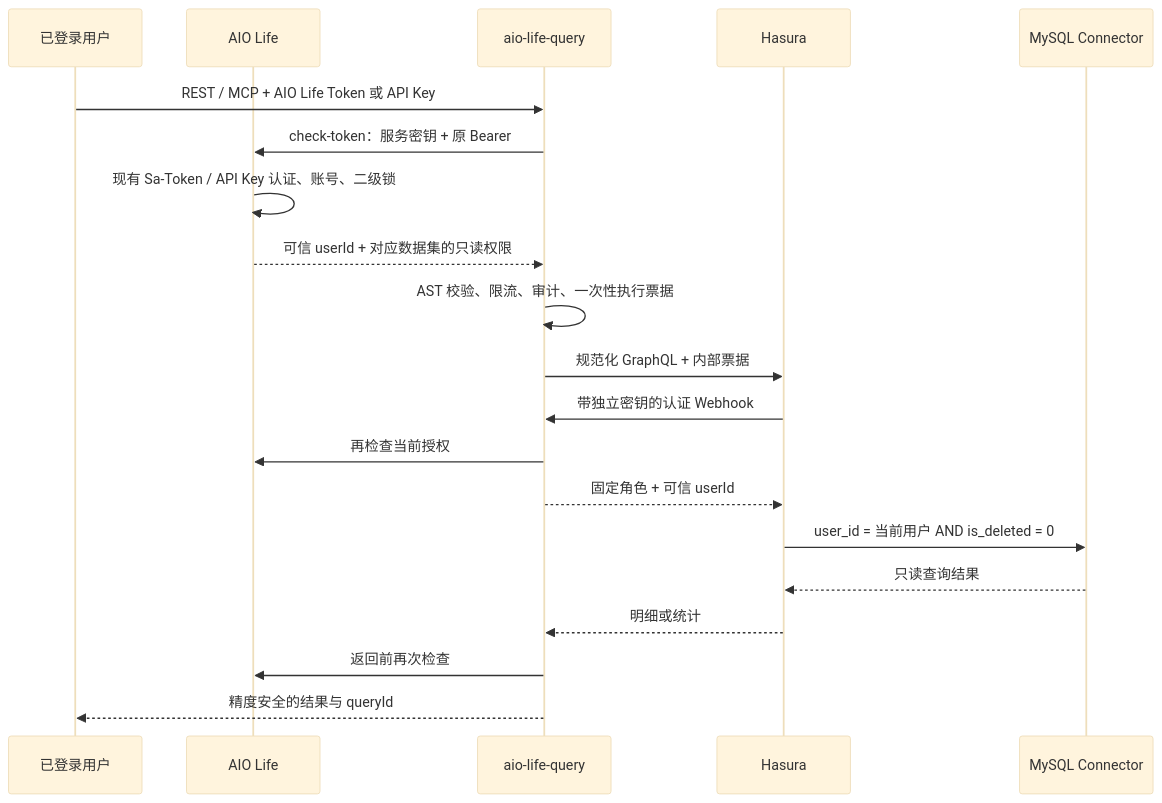
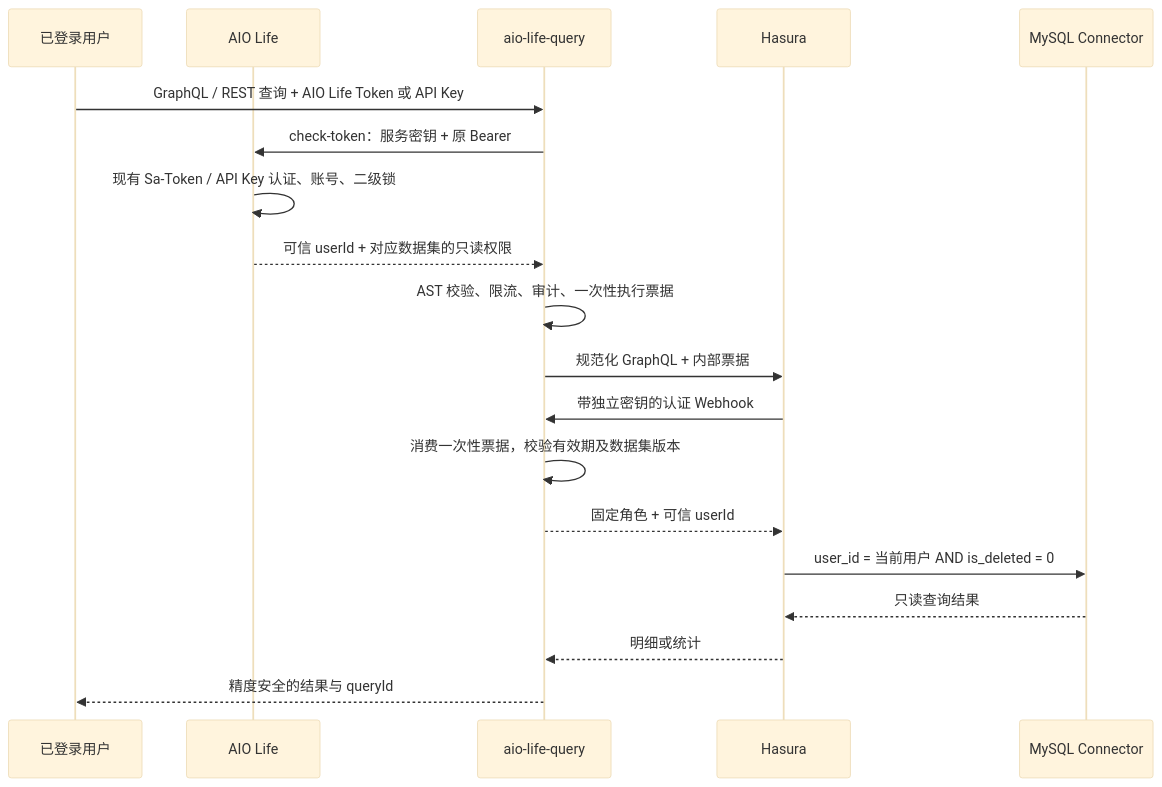
One commit to lys1313013/aio-life-query changed the diagram in README.md. Above: the diagram before and after it, drawn with Mermaid (base theme). The commit also changed other lines of this file and 42 other files, not shown here.

Commit message:
feat(查询): 支持权限 GraphQL、全字段查询与时迹分类关系

````diff
--- a/README.md
+++ b/README.md
@@ -15,22 +15,21 @@
 ```mermaid
 sequenceDiagram
     participant U as 已登录用户
     participant L as AIO Life
     participant Q as aio-life-query
     participant H as Hasura
     participant D as MySQL Connector
-    U->>Q: REST / MCP + AIO Life Token 或 API Key
+    U->>Q: GraphQL / REST 查询 + AIO Life Token 或 API Key
     Q->>L: check-token：服务密钥 + 原 Bearer
     L->>L: 现有 Sa-Token / API Key 认证、账号、二级锁
     L-->>Q: 可信 userId + 对应数据集的只读权限
     Q->>Q: AST 校验、限流、审计、一次性执行票据
     Q->>H: 规范化 GraphQL + 内部票据
     H->>Q: 带独立密钥的认证 Webhook
-    Q->>L: 再检查当前授权
+    Q->>Q: 消费一次性票据，校验有效期及数据集版本
     Q-->>H: 固定角色 + 可信 userId
     H->>D: user_id = 当前用户 AND is_deleted = 0
     D-->>H: 只读查询结果
     H-->>Q: 明细或统计
-    Q->>L: 返回前再次检查
     Q-->>U: 精度安全的结果与 queryId
 ```
````
